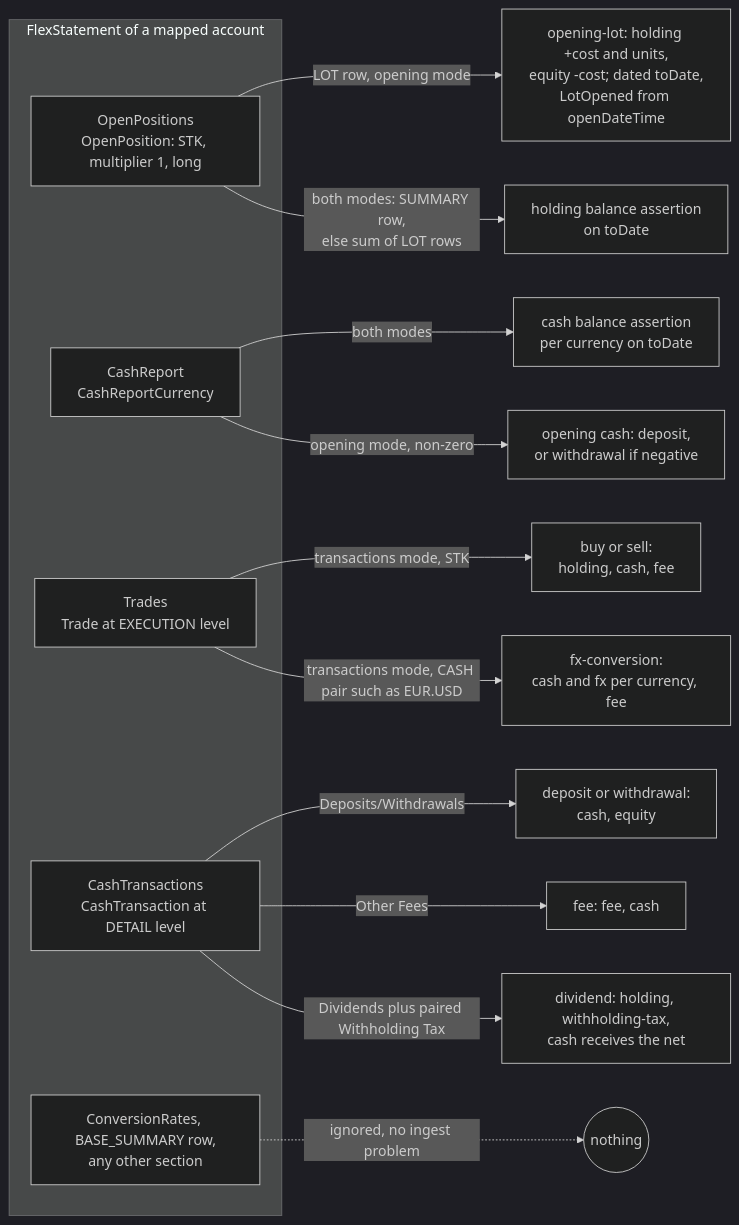
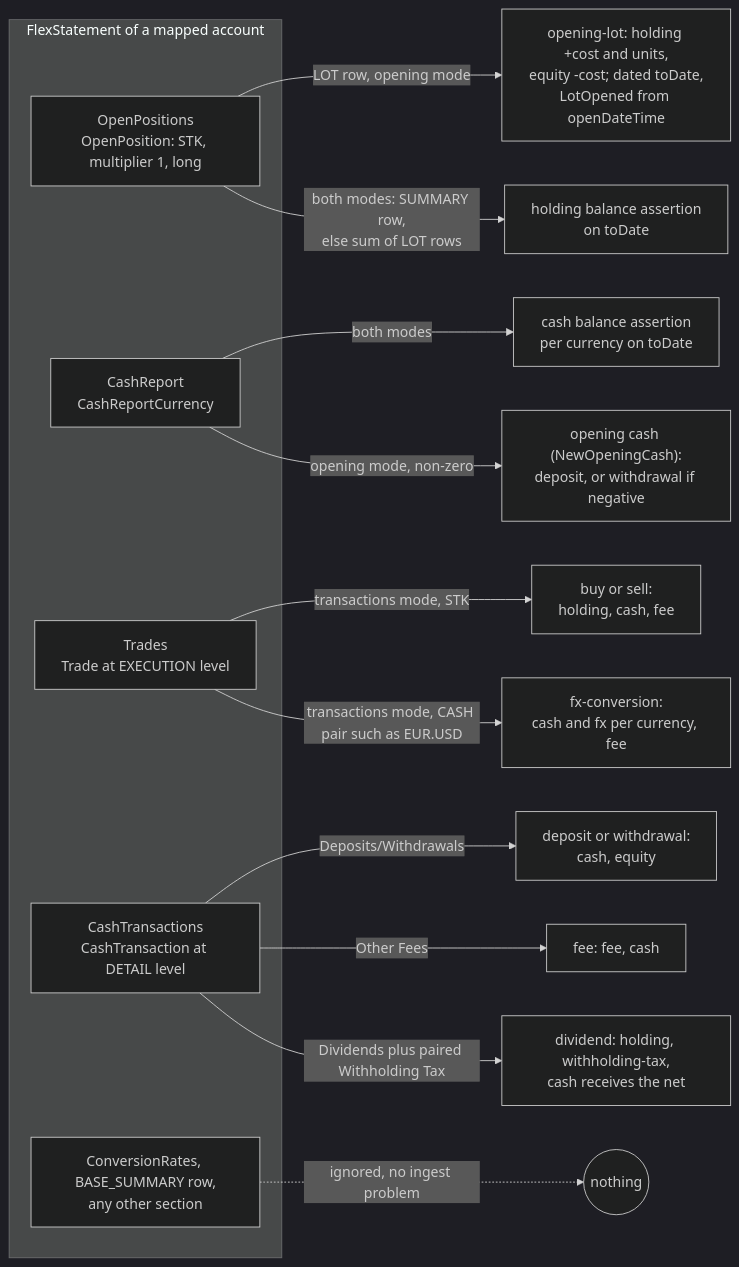
Before and after one commit to arkadiuss/openfief: the fifth of 5 diagrams in docs/concepts/ingest.md, drawn with Mermaid (dark theme). The commit also changed other lines of this file and 5 other files, not shown here.

First line of the commit message:
docs: bring architecture and concept pages up to main

````diff
--- a/docs/concepts/ingest.md
+++ b/docs/concepts/ingest.md
@@ -178,20 +260,20 @@
 ```mermaid
 flowchart LR
   subgraph flex["FlexStatement of a mapped account"]
     op["OpenPositions<br/>OpenPosition: STK, multiplier 1, long"]
     cr["CashReport<br/>CashReportCurrency"]
     tr["Trades<br/>Trade at EXECUTION level"]
     ct["CashTransactions<br/>CashTransaction at DETAIL level"]
     other["ConversionRates, BASE_SUMMARY row,<br/>any other section"]
   end
   op -- "LOT row, opening mode" --> lot["opening-lot: holding +cost and units,<br/>equity -cost; dated toDate,<br/>LotOpened from openDateTime"]
   op -- "both modes: SUMMARY row,<br/>else sum of LOT rows" --> ha["holding balance assertion<br/>on toDate"]
   cr -- "both modes" --> ca["cash balance assertion<br/>per currency on toDate"]
-  cr -- "opening mode, non-zero" --> oc["opening cash: deposit,<br/>or withdrawal if negative"]
+  cr -- "opening mode, non-zero" --> oc["opening cash (NewOpeningCash):<br/>deposit, or withdrawal if negative"]
   tr -- "transactions mode, STK" --> bs["buy or sell:<br/>holding, cash, fee"]
   tr -- "transactions mode, CASH pair such as EUR.USD" --> fx["fx-conversion:<br/>cash and fx per currency, fee"]
   ct -- "Deposits/Withdrawals" --> dw["deposit or withdrawal:<br/>cash, equity"]
   ct -- "Other Fees" --> fe["fee: fee, cash"]
   ct -- "Dividends plus paired Withholding Tax" --> dv["dividend: holding, withholding-tax,<br/>cash receives the net"]
   other -. "ignored, no ingest problem" .-> none(("nothing"))
 ```
````
